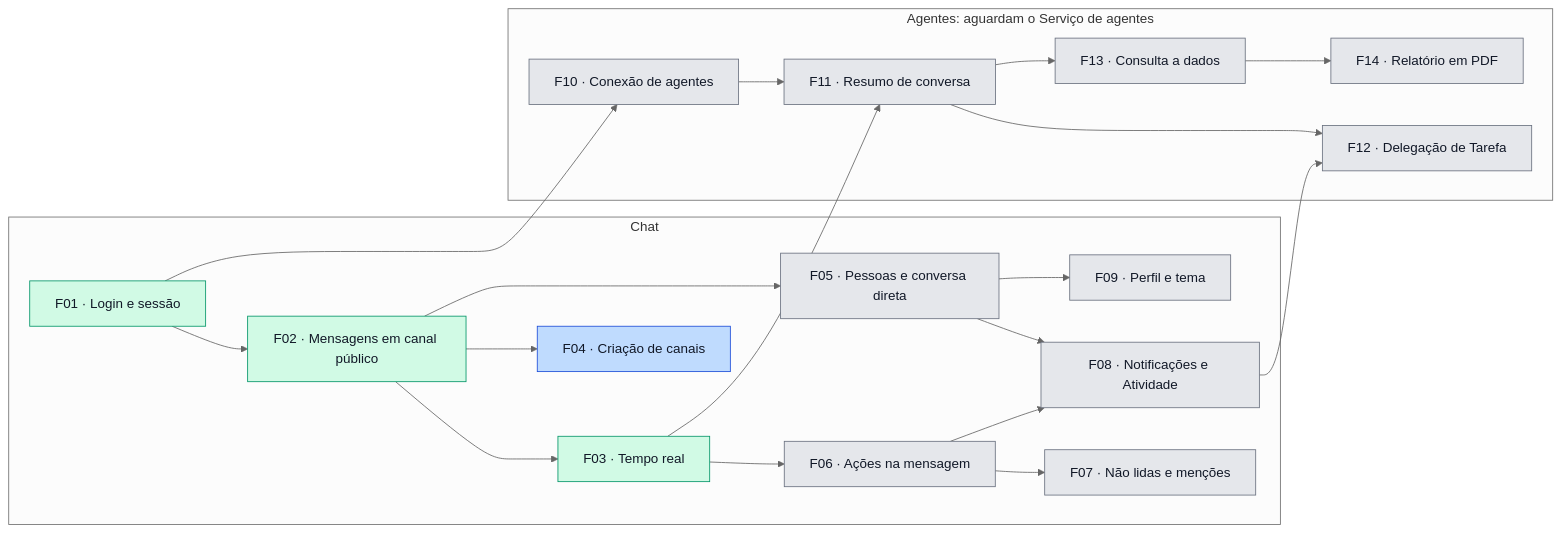
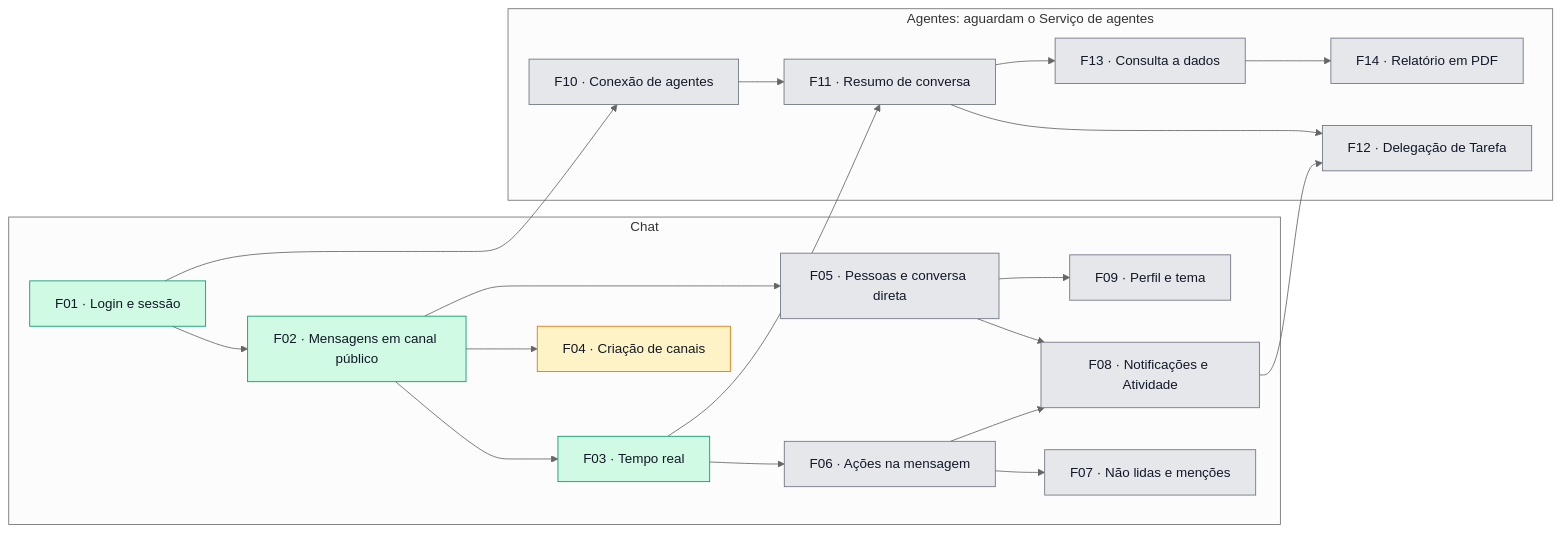
One commit to 1978bruno/fulldev_SKILL-Agentes-e-MCP-para-vibe-code changed the diagram in docs/roadmap.md. Above: the diagram before and after it, drawn with Mermaid (neutral theme). The commit also changed other lines of this file and 2 other files, not shown here.

Commit message:
docs: planeja a criação de um Canal público pela barra lateral (F04-T01)

````diff
--- a/docs/roadmap.md
+++ b/docs/roadmap.md
@@ -48,49 +48,49 @@
 ```mermaid
 flowchart LR
   subgraph chat ["Chat"]
     F01["F01 · Login e sessão"]
     F02["F02 · Mensagens em canal público"]
     F03["F03 · Tempo real"]
     F04["F04 · Criação de canais"]
     F05["F05 · Pessoas e conversa direta"]
     F06["F06 · Ações na mensagem"]
     F07["F07 · Não lidas e menções"]
     F08["F08 · Notificações e Atividade"]
     F09["F09 · Perfil e tema"]
   end
 
   subgraph agentes ["Agentes: aguardam o Serviço de agentes"]
     F10["F10 · Conexão de agentes"]
     F11["F11 · Resumo de conversa"]
     F12["F12 · Delegação de Tarefa"]
     F13["F13 · Consulta a dados"]
     F14["F14 · Relatório em PDF"]
   end
 
   F01 --> F02
   F02 --> F03
   F02 --> F04
   F02 --> F05
   F03 --> F06
   F06 --> F07
   F05 --> F08
   F06 --> F08
   F05 --> F09
   F01 --> F10
   F03 --> F11
   F10 --> F11
   F08 --> F12
   F11 --> F12
   F11 --> F13
   F13 --> F14
 
   classDef planejada fill:#e5e7eb,stroke:#6b7280,color:#111827
   classDef prdPronto fill:#dbeafe,stroke:#3b82f6,color:#111827
   classDef specPronta fill:#bfdbfe,stroke:#1d4ed8,color:#111827
   classDef emAndamento fill:#fef3c7,stroke:#d97706,color:#111827
   classDef concluida fill:#d1fae5,stroke:#059669,color:#111827
 
   class F01,F02,F03 concluida
-  class F04 specPronta
+  class F04 emAndamento
   class F05,F06,F07,F08,F09,F10,F11,F12,F13,F14 planejada
 ```
````
